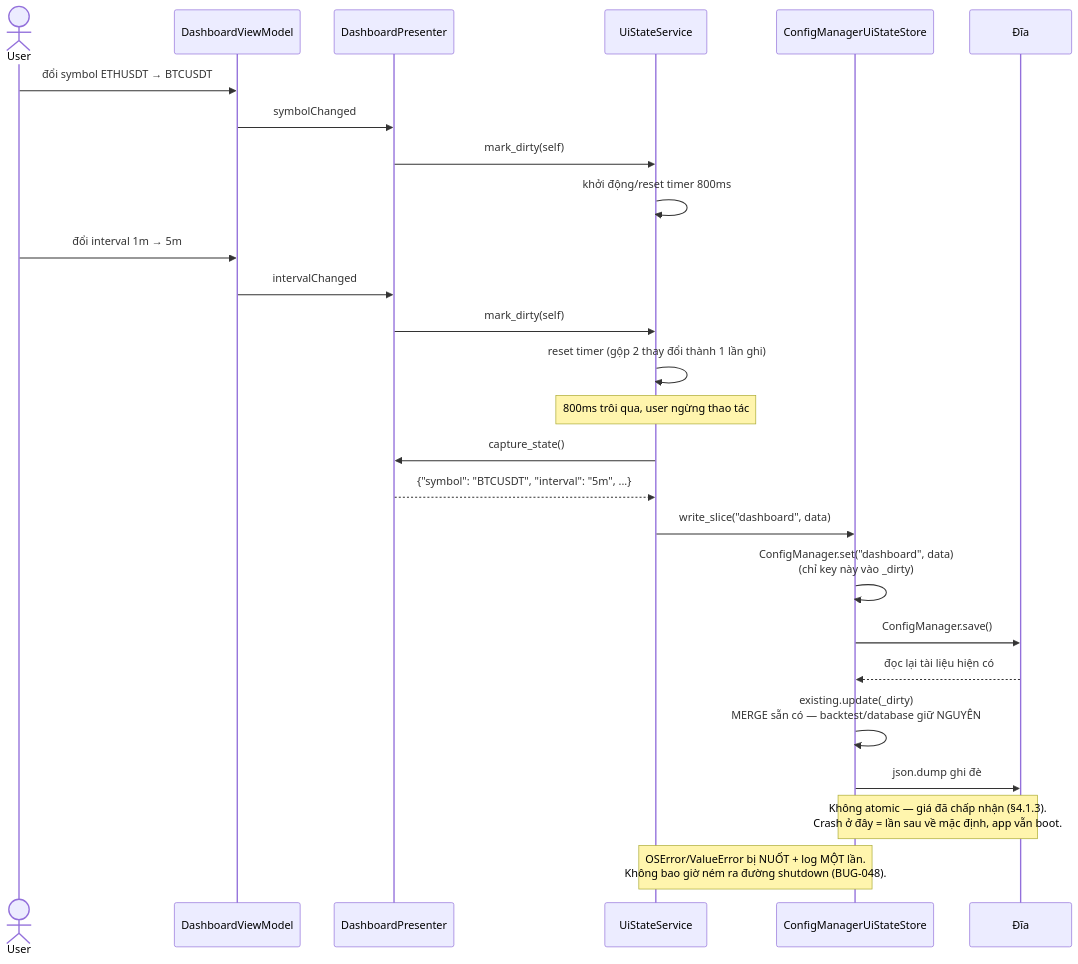
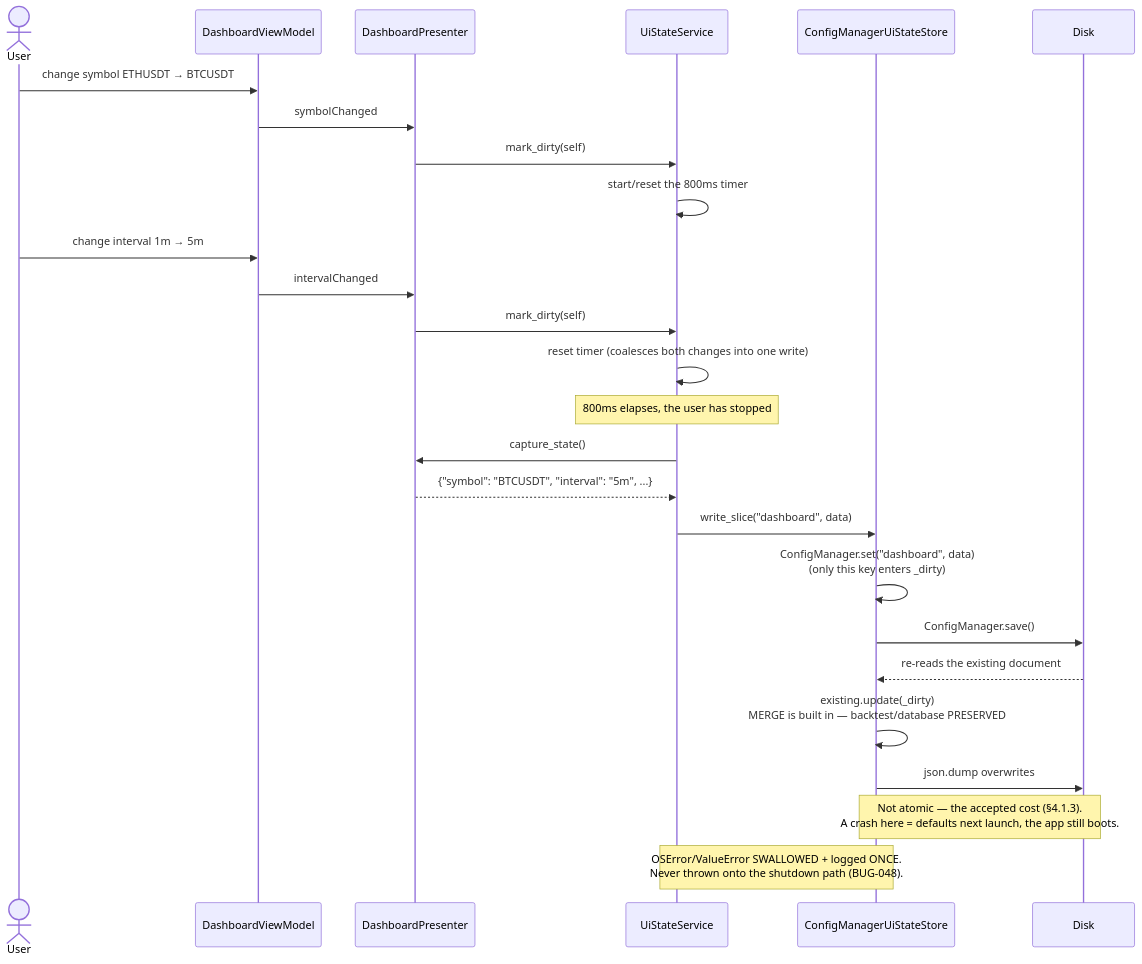
One commit to anhembedded/Sagittarius_Elite_Warrior changed the eighth of 12 diagrams in Tasks/epics/EPIC-010_ghi_nho_gia_tri_cuoi/design/DESIGN_2026-08-25_ui_state_persistence.md. Above: the diagram before and after it, drawn with Mermaid. The commit also changed other lines of this file and 1 other file, not shown here.

````diff
--- a/Tasks/epics/EPIC-010_ghi_nho_gia_tri_cuoi/design/DESIGN_2026-08-25_ui_state_persistence.md
+++ b/Tasks/epics/EPIC-010_ghi_nho_gia_tri_cuoi/design/DESIGN_2026-08-25_ui_state_persistence.md
@@ -702,31 +728,31 @@
 ```mermaid
 sequenceDiagram
     actor U as User
     participant VM as DashboardViewModel
     participant DP as DashboardPresenter
     participant SVC as UiStateService
     participant ST as ConfigManagerUiStateStore
-    participant FS as Đĩa
+    participant FS as Disk
 
-    U->>VM: đổi symbol ETHUSDT → BTCUSDT
+    U->>VM: change symbol ETHUSDT → BTCUSDT
     VM->>DP: symbolChanged
     DP->>SVC: mark_dirty(self)
-    SVC->>SVC: khởi động/reset timer 800ms
+    SVC->>SVC: start/reset the 800ms timer
 
-    U->>VM: đổi interval 1m → 5m
+    U->>VM: change interval 1m → 5m
     VM->>DP: intervalChanged
     DP->>SVC: mark_dirty(self)
-    SVC->>SVC: reset timer (gộp 2 thay đổi thành 1 lần ghi)
+    SVC->>SVC: reset timer (coalesces both changes into one write)
 
-    Note over SVC: 800ms trôi qua, user ngừng thao tác
+    Note over SVC: 800ms elapses, the user has stopped
     SVC->>DP: capture_state()
     DP-->>SVC: {"symbol": "BTCUSDT", "interval": "5m", ...}
     SVC->>ST: write_slice("dashboard", data)
-    ST->>ST: ConfigManager.set("dashboard", data)<br/>(chỉ key này vào _dirty)
+    ST->>ST: ConfigManager.set("dashboard", data)<br/>(only this key enters _dirty)
     ST->>FS: ConfigManager.save()
-    FS-->>ST: đọc lại tài liệu hiện có
-    ST->>ST: existing.update(_dirty)<br/>MERGE sẵn có — backtest/database giữ NGUYÊN
-    ST->>FS: json.dump ghi đè
-    Note over ST,FS: Không atomic — giá đã chấp nhận (§4.1.3).<br/>Crash ở đây = lần sau về mặc định, app vẫn boot.
-    Note over SVC,ST: OSError/ValueError bị NUỐT + log MỘT lần.<br/>Không bao giờ ném ra đường shutdown (BUG-048).
+    FS-->>ST: re-reads the existing document
+    ST->>ST: existing.update(_dirty)<br/>MERGE is built in — backtest/database PRESERVED
+    ST->>FS: json.dump overwrites
+    Note over ST,FS: Not atomic — the accepted cost (§4.1.3).<br/>A crash here = defaults next launch, the app still boots.
+    Note over SVC,ST: OSError/ValueError SWALLOWED + logged ONCE.<br/>Never thrown onto the shutdown path (BUG-048).
 ```
````
